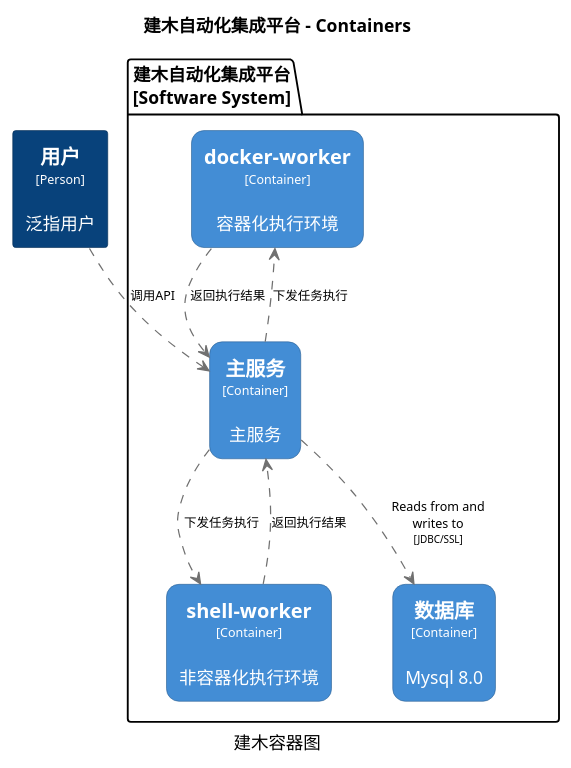
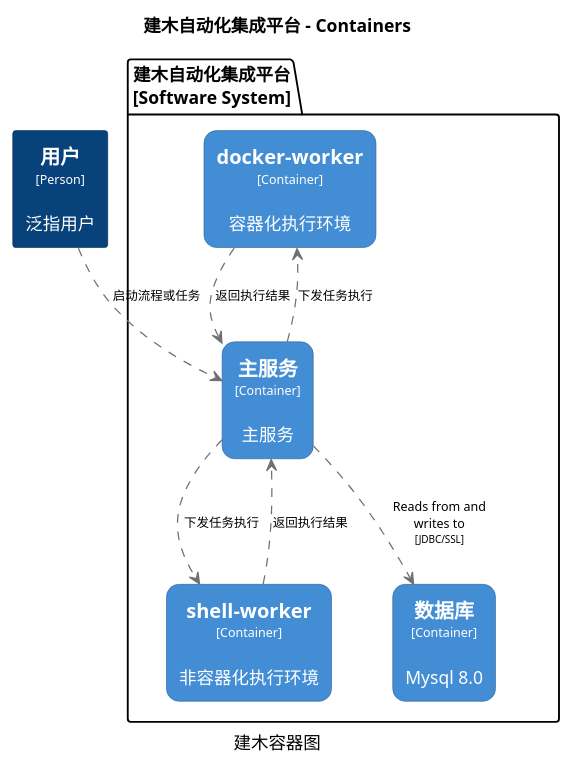
The diagram in c4/structurizr-jianmu-container.puml (jianmu-dev/jianmu-architecture-as-code), drawn with PlantUML before and after one commit. The commit also changed 5 other files, not shown here.

```diff
--- a/c4/structurizr-jianmu-container.puml
+++ b/c4/structurizr-jianmu-container.puml
@@ -1,56 +1,56 @@
 @startuml(id=jianmu-container)
 title 建木自动化集成平台 - Containers
 caption 建木容器图
 
 skinparam {
   shadowing false
   arrowFontSize 10
   defaultTextAlignment center
   wrapWidth 200
   maxMessageSize 100
 }
 hide stereotype
 top to bottom direction
 skinparam rectangle<<1>> {
   BackgroundColor #08427b
   FontColor #ffffff
   BorderColor #052E56
 }
 skinparam rectangle<<13>> {
   BackgroundColor #438dd5
   FontColor #ffffff
   BorderColor #2E6295
   roundCorner 20
 }
 skinparam rectangle<<3>> {
   BackgroundColor #438dd5
   FontColor #ffffff
   BorderColor #2E6295
   roundCorner 20
 }
 skinparam rectangle<<8>> {
   BackgroundColor #438dd5
   FontColor #ffffff
   BorderColor #2E6295
   roundCorner 20
 }
 skinparam rectangle<<9>> {
   BackgroundColor #438dd5
   FontColor #ffffff
   BorderColor #2E6295
   roundCorner 20
 }
 rectangle "==用户\n<size:10>[Person]</size>\n\n泛指用户" <<1>> as 1
 package "建木自动化集成平台\n[Software System]" {
   rectangle "==docker-worker\n<size:10>[Container]</size>\n\n容器化执行环境" <<9>> as 9
   rectangle "==shell-worker\n<size:10>[Container]</size>\n\n非容器化执行环境" <<13>> as 13
   rectangle "==主服务\n<size:10>[Container]</size>\n\n主服务" <<3>> as 3
   rectangle "==数据库\n<size:10>[Container]</size>\n\nMysql 8.0" <<8>> as 8
 }
 9 .[#707070].> 3 : "返回执行结果"
 13 .[#707070].> 3 : "返回执行结果"
 3 .[#707070].> 9 : "下发任务执行"
 3 .[#707070].> 13 : "下发任务执行"
 3 .[#707070].> 8 : "Reads from and writes to\n<size:8>[JDBC/SSL]</size>"
-1 .[#707070].> 3 : "调用API"
+1 .[#707070].> 3 : "启动流程或任务"
 @enduml
```
